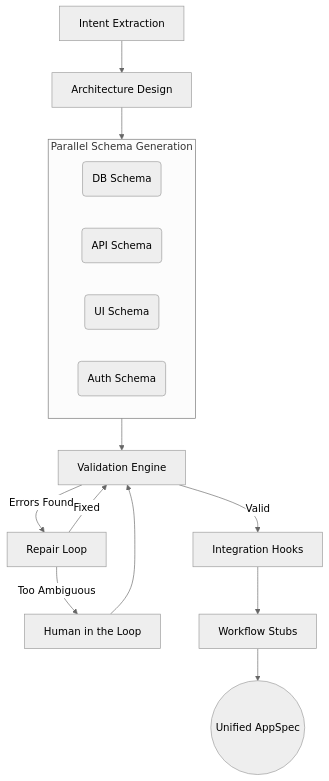
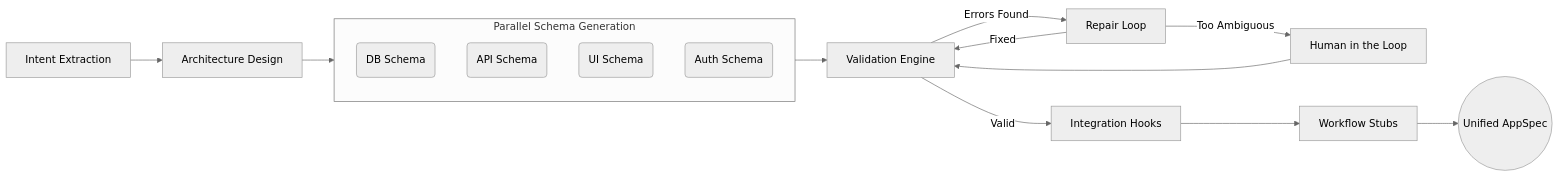
Before and after one commit to Lokesh-916/oneatlas: the diagram in README.md, drawn with Mermaid (neutral theme). The commit also changed other lines of this file and 1 other file, not shown here.

````diff
--- a/README.md
+++ b/README.md
@@ -33,23 +24,23 @@
 ```mermaid
-flowchart TD
+flowchart LR
     A[Intent Extraction] --> B[Architecture Design]
     B --> C[Schema Generation]
     
     subgraph C [Parallel Schema Generation]
         D(DB Schema)
         E(API Schema)
         F(UI Schema)
         G(Auth Schema)
     end
     
     C --> H[Validation Engine]
     
     H -- "Errors Found" --> I[Repair Loop]
     I -- "Fixed" --> H
     I -- "Too Ambiguous" --> J[Human in the Loop]
     J --> H
     
     H -- "Valid" --> K[Integration Hooks]
     K --> L[Workflow Stubs]
     L --> M((Unified AppSpec))
 ```
````
